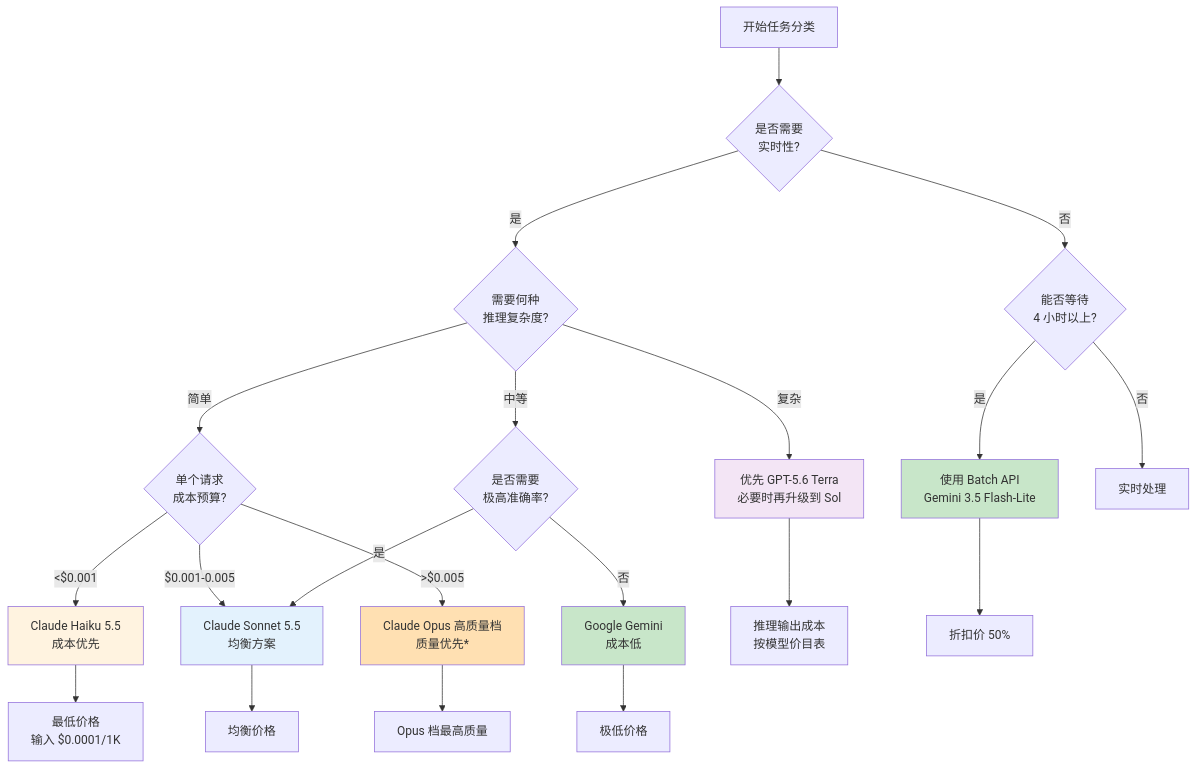
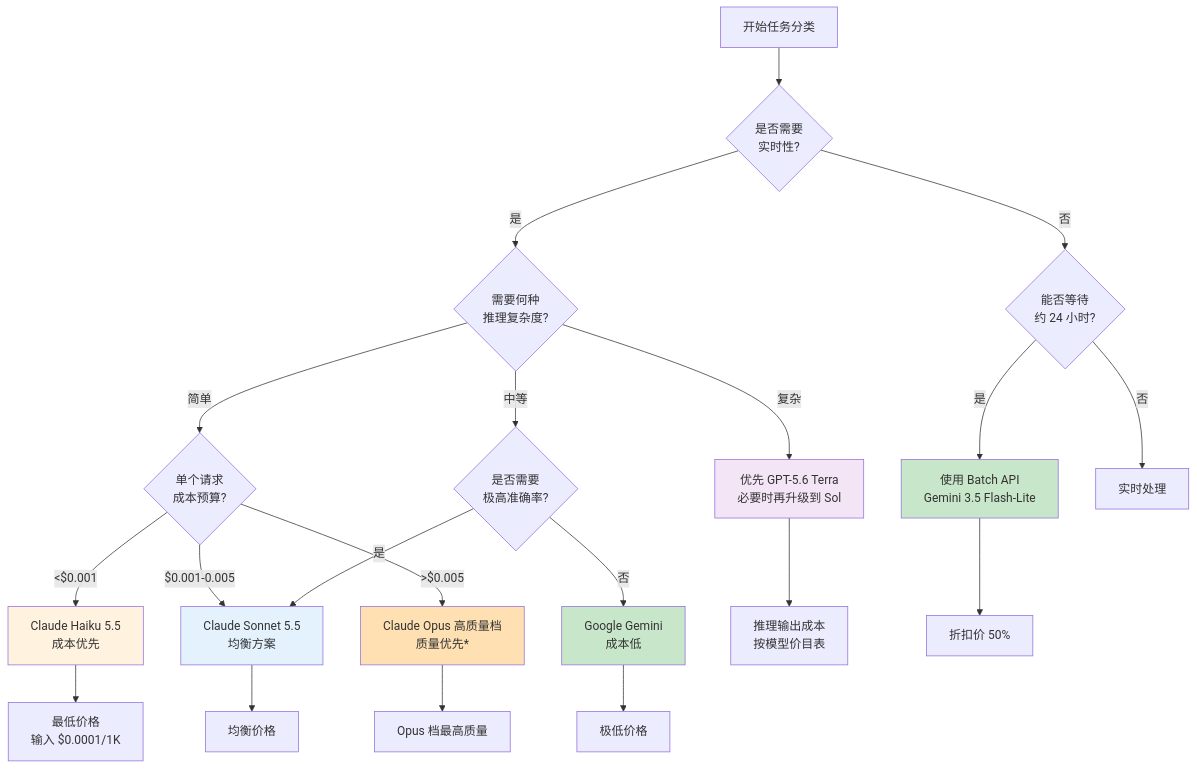
The fifth of 6 diagrams in 12_automated_pe/12.5_promptops_cost_management.md (yeasy/prompt_engineering_guide), drawn with Mermaid before and after one commit. The commit also changed other lines of this file, not shown here.

````diff
--- a/12_automated_pe/12.5_promptops_cost_management.md
+++ b/12_automated_pe/12.5_promptops_cost_management.md
@@ -472,35 +474,35 @@
 ```mermaid
 graph TD
     Start["开始任务分类"] --> Q1{"是否需要<br/>实时性?"}
 
     Q1 -->|是| Q2{"需要何种<br/>推理复杂度?"}
-    Q1 -->|否| Q3{"能否等待<br/>4 小时以上?"}
+    Q1 -->|否| Q3{"能否等待<br/>约 24 小时?"}
 
     Q2 -->|简单| Q4{"单个请求<br/>成本预算?"}
     Q2 -->|中等| Q5{"是否需要<br/>极高准确率?"}
     Q2 -->|复杂| UseO1["优先 GPT-5.6 Terra<br/>必要时再升级到 Sol"]
 
     Q3 -->|是| UseBatch["使用 Batch API<br/>Gemini 3.5 Flash-Lite"]
     Q3 -->|否| RT["实时处理"]
 
     Q4 -->|<$0.001| UseHaiku["Claude Haiku 5.5<br/>成本优先"]
     Q4 -->|$0.001-0.005| UseSonnet["Claude Sonnet 5.5<br/>均衡方案"]
     Q4 -->|>$0.005| UseOpus["Claude Opus 高质量档<br/>质量优先*"]
 
     Q5 -->|是| UseSonnet
     Q5 -->|否| UseGemini["Google Gemini<br/>成本低"]
 
     UseO1 --> Cost1["推理输出成本<br/>按模型价目表"]
     UseBatch --> Cost2["折扣价 50%"]
     UseHaiku --> Cost3["最低价格<br/>输入 $0.0001/1K"]
     UseSonnet --> Cost4["均衡价格"]
     UseOpus --> Cost5["Opus 档最高质量"]
     UseGemini --> Cost6["极低价格"]
 
     style UseO1 fill:#f3e5f5
     style UseBatch fill:#c8e6c9
     style UseHaiku fill:#fff3e0
     style UseSonnet fill:#e3f2fd
     style UseOpus fill:#ffe0b2
     style UseGemini fill:#c8e6c9
 ```
````
